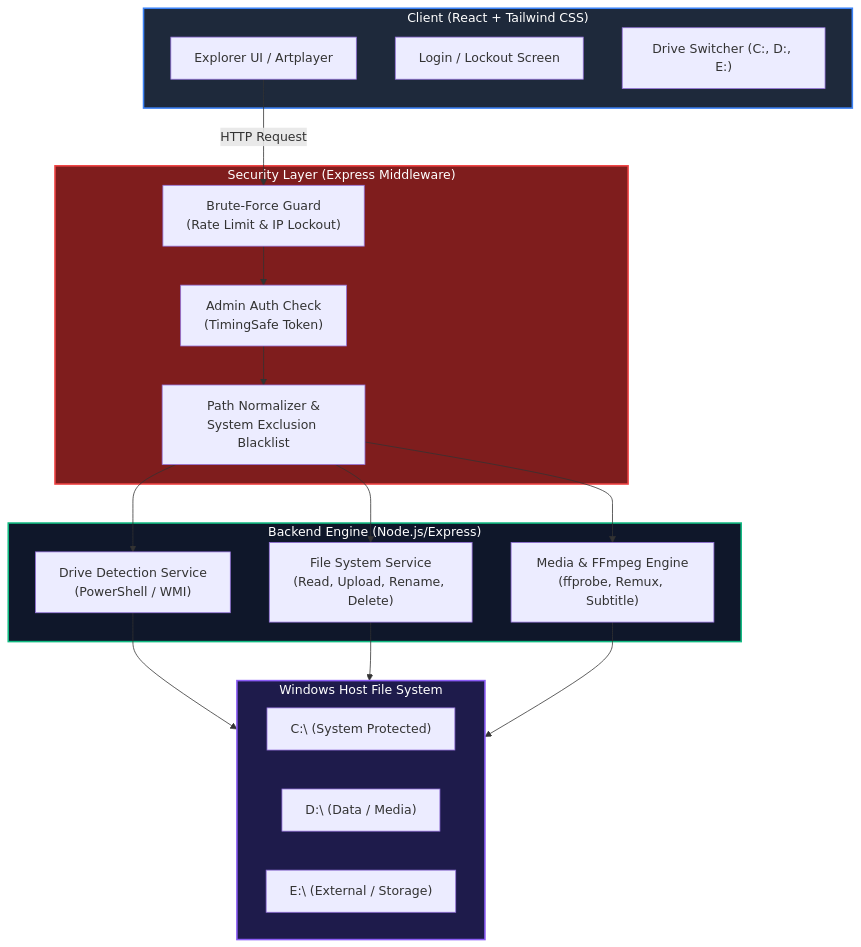
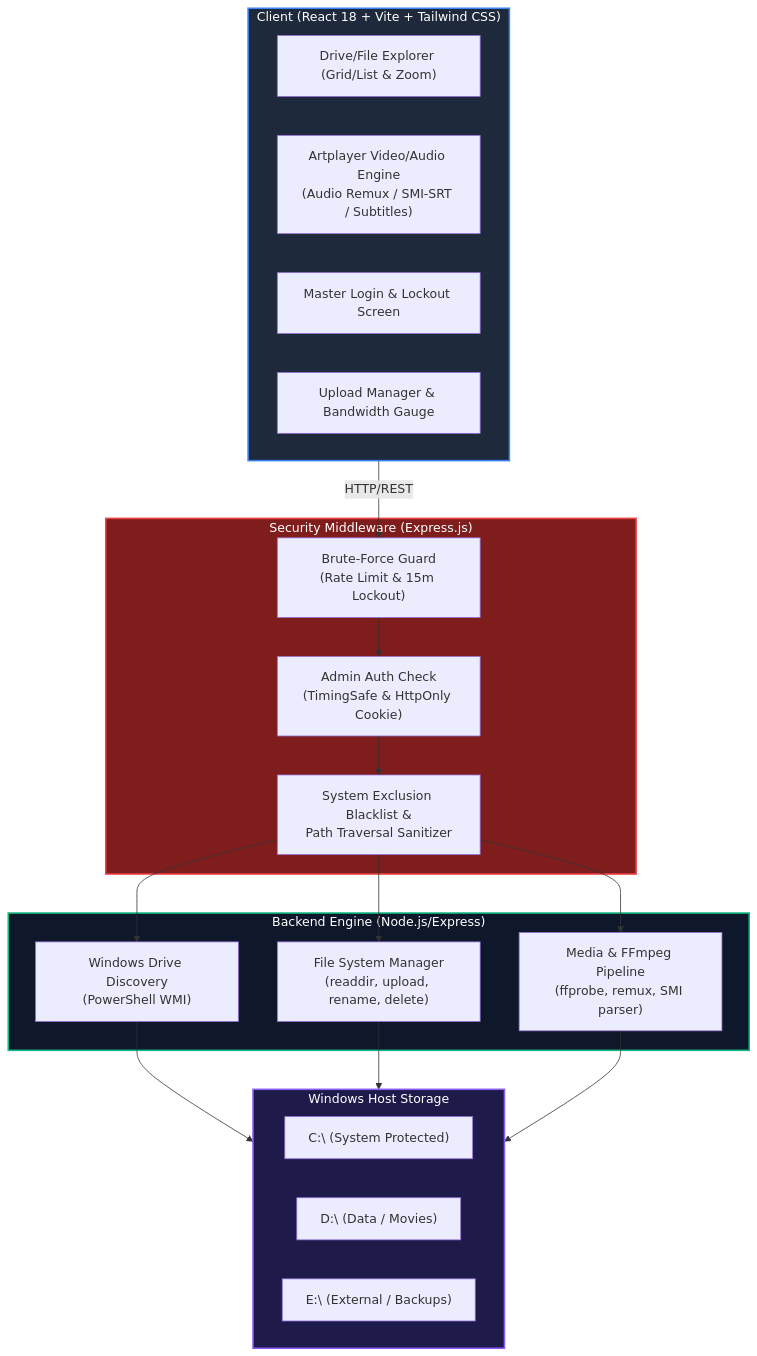
One commit to digital8150/NAS-with-Windows changed the first of 3 diagrams in PLAN.md. Above: the diagram before and after it, drawn with Mermaid. The commit also changed other lines of this file, not shown here.

````diff
--- a/PLAN.md
+++ b/PLAN.md
@@ -24,42 +47,43 @@
 ```mermaid
 flowchart TD
-    subgraph Client ["Client (React + Tailwind CSS)"]
-        UI["Explorer UI / Artplayer"]
-        AuthView["Login / Lockout Screen"]
-        DriveBar["Drive Switcher (C:, D:, E:)"]
+    subgraph Client ["Client (React 18 + Vite + Tailwind CSS)"]
+        ExplorerUI["Drive/File Explorer (Grid/List & Zoom)"]
+        ArtPlayerWrap["Artplayer Video/Audio Engine<br/>(Audio Remux / SMI-SRT / Subtitles)"]
+        AuthView["Master Login & Lockout Screen"]
+        UploadToastUI["Upload Manager & Bandwidth Gauge"]
     end
 
-    subgraph Security ["Security Layer (Express Middleware)"]
-        RateLimiter["Brute-Force Guard<br/>(Rate Limit & IP Lockout)"]
-        AuthMiddleware["Admin Auth Check<br/>(TimingSafe Token)"]
-        PathSanitizer["Path Normalizer &<br/>System Exclusion Blacklist"]
+    subgraph SecurityLayer ["Security Middleware (Express.js)"]
+        RateLimiter["Brute-Force Guard<br/>(Rate Limit & 15m Lockout)"]
+        AuthGuard["Admin Auth Check<br/>(TimingSafe & HttpOnly Cookie)"]
+        PathSanitizer["System Exclusion Blacklist &<br/>Path Traversal Sanitizer"]
     end
 
-    subgraph CoreServices ["Backend Engine (Node.js/Express)"]
-        DriveService["Drive Detection Service<br/>(PowerShell / WMI)"]
-        FileService["File System Service<br/>(Read, Upload, Rename, Delete)"]
-        MediaService["Media & FFmpeg Engine<br/>(ffprobe, Remux, Subtitle)"]
+    subgraph CoreBackend ["Backend Engine (Node.js/Express)"]
+        DriveService["Windows Drive Discovery<br/>(PowerShell WMI)"]
+        FileService["File System Manager<br/>(readdir, upload, rename, delete)"]
+        MediaService["Media & FFmpeg Pipeline<br/>(ffprobe, remux, SMI parser)"]
     end
 
-    subgraph OSFileSystem ["Windows Host File System"]
+    subgraph WindowsStorage ["Windows Host Storage"]
         DriveC["C:\ (System Protected)"]
-        DriveD["D:\ (Data / Media)"]
-        DriveE["E:\ (External / Storage)"]
+        DriveD["D:\ (Data / Movies)"]
+        DriveE["E:\ (External / Backups)"]
     end
 
-    UI -->|HTTP Request| RateLimiter
-    RateLimiter --> AuthMiddleware
-    AuthMiddleware --> PathSanitizer
+    Client -->|HTTP/REST| RateLimiter
+    RateLimiter --> AuthGuard
+    AuthGuard --> PathSanitizer
     PathSanitizer --> DriveService
     PathSanitizer --> FileService
     PathSanitizer --> MediaService
 
-    DriveService --> OSFileSystem
-    FileService --> OSFileSystem
-    MediaService --> OSFileSystem
+    DriveService --> WindowsStorage
+    FileService --> WindowsStorage
+    MediaService --> WindowsStorage
 
     style Client fill:#1e293b,stroke:#3b82f6,stroke-width:2px,color:#fff
-    style Security fill:#7f1d1d,stroke:#ef4444,stroke-width:2px,color:#fff
-    style CoreServices fill:#0f172a,stroke:#10b981,stroke-width:2px,color:#fff
-    style OSFileSystem fill:#1e1b4b,stroke:#8b5cf6,stroke-width:2px,color:#fff
+    style SecurityLayer fill:#7f1d1d,stroke:#ef4444,stroke-width:2px,color:#fff
+    style CoreBackend fill:#0f172a,stroke:#10b981,stroke-width:2px,color:#fff
+    style WindowsStorage fill:#1e1b4b,stroke:#8b5cf6,stroke-width:2px,color:#fff
 ```
````
